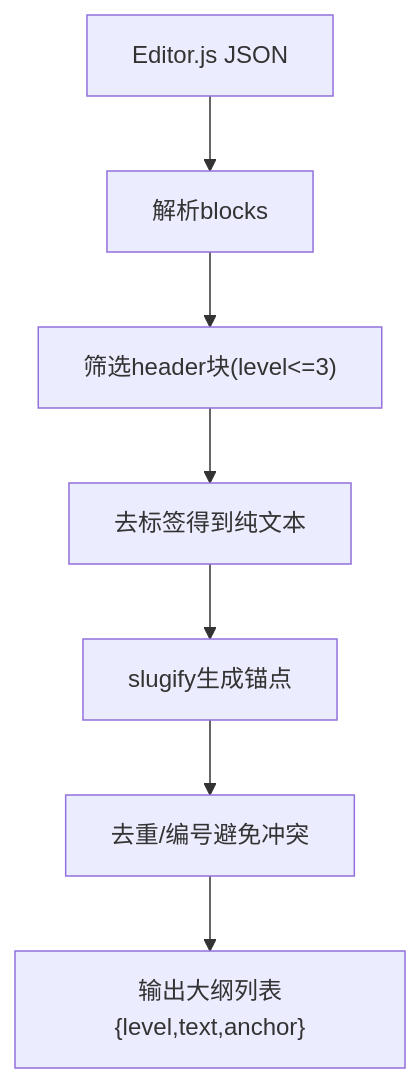
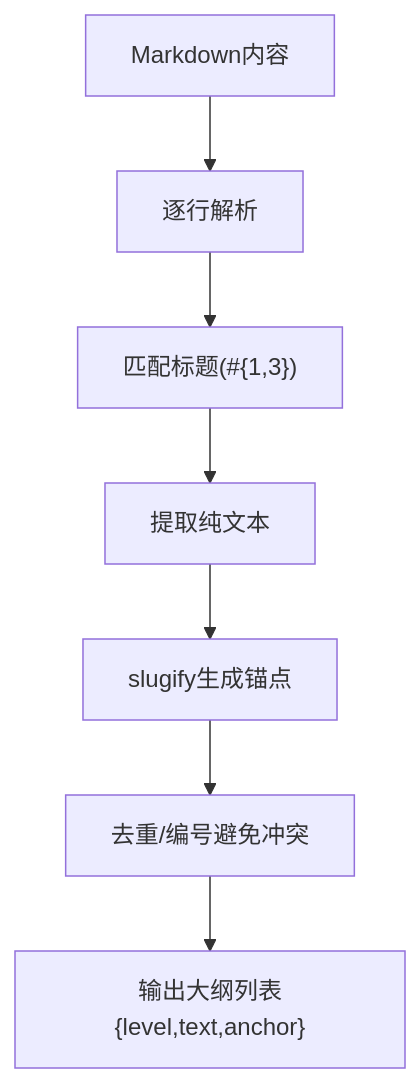
The eighth of 10 diagrams in .qoder/repowiki/zh/content/前端模板系统.md (beyondalbert/my_wiki), drawn with Mermaid before and after one commit. The commit also changed other lines of this file and 9 other files, not shown here.

````diff
--- a/.qoder/repowiki/zh/content/前端模板系统.md
+++ b/.qoder/repowiki/zh/content/前端模板系统.md
@@ -285,9 +403,9 @@
 ```mermaid
 flowchart TD
-A["Editor.js JSON"] --> P["解析blocks"]
-P --> H["筛选header块(level<=3)"]
-H --> S["去标签得到纯文本"]
+A["Markdown内容"] --> P["逐行解析"]
+P --> H["匹配标题(#{1,3})"]
+H --> S["提取纯文本"]
 S --> SL["slugify生成锚点"]
 SL --> U["去重/编号避免冲突"]
 U --> O["输出大纲列表{level,text,anchor}"]
 ```
````
